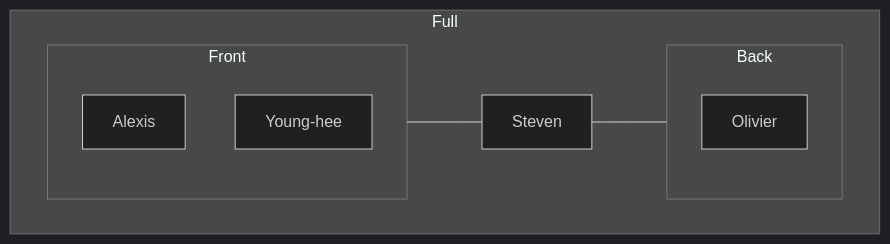
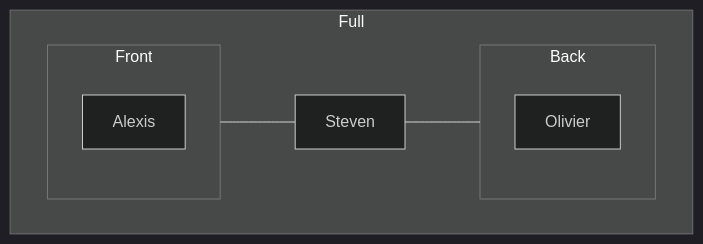
Before and after one commit to sximenez/2023-10-oct-hackathon-doc: the third of 8 diagrams in README.md, drawn with Mermaid (dark theme). The commit also changed other lines of this file and 1 other file, not shown here.

````diff
--- a/README.md
+++ b/README.md
@@ -91,20 +162,19 @@
 ```mermaid
 graph TB
 
 subgraph Full
 
 subgraph Front
 Alexis
-Young-hee
 end
 
 subgraph Back
 Olivier
 end
 
 Steven
 
 end
 
 Front --- Steven --- Back
 ```
````
